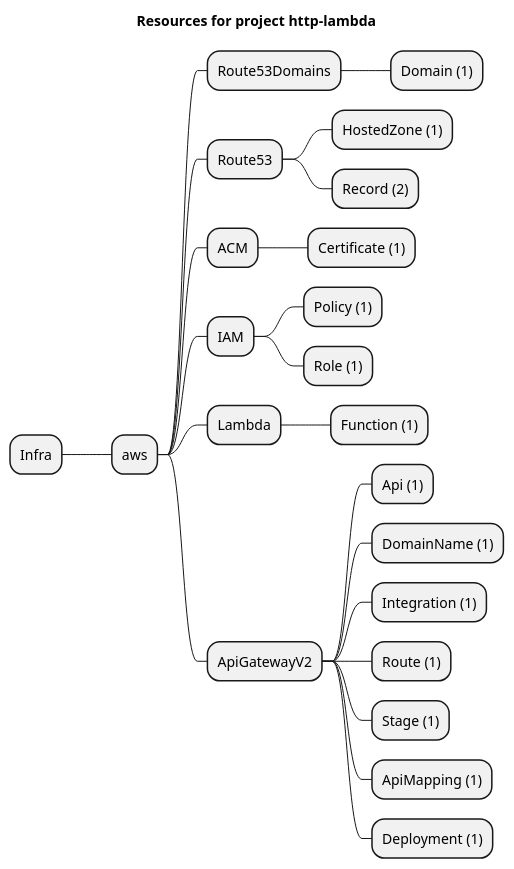
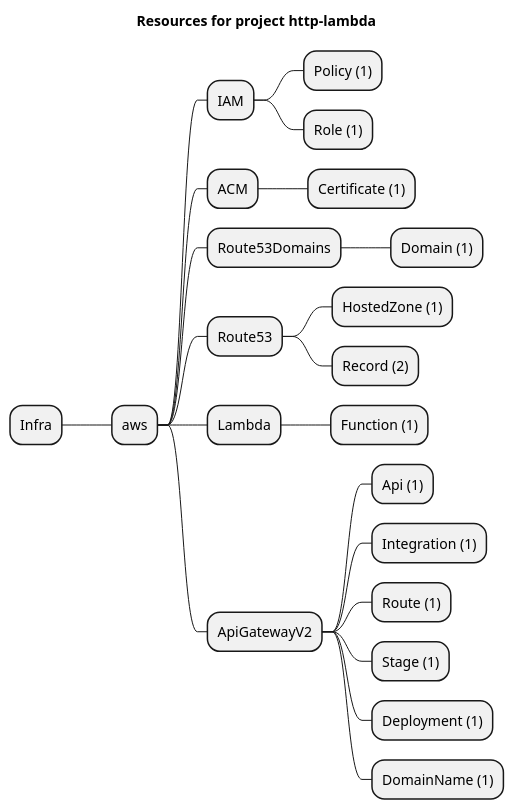
One commit to grucloud/grucloud changed the diagram in examples/aws/api-gateway-v2/http-lambda/artifacts/resources-mindmap.puml. Above: the diagram before and after it, drawn with PlantUML. The commit also changed 288 other files, not shown here.

```diff
--- a/examples/aws/api-gateway-v2/http-lambda/artifacts/resources-mindmap.puml
+++ b/examples/aws/api-gateway-v2/http-lambda/artifacts/resources-mindmap.puml
@@ -1,26 +1,25 @@
 @startmindmap
 title Resources for project http-lambda
 skinparam monochrome true
 + Infra
 ++ aws
++++ IAM
+++++ Policy (1)
+++++ Role (1)
++++ ACM
+++++ Certificate (1)
 +++ Route53Domains
 ++++ Domain (1)
 +++ Route53
 ++++ HostedZone (1)
 ++++ Record (2)
-+++ ACM
-++++ Certificate (1)
-+++ IAM
-++++ Policy (1)
-++++ Role (1)
 +++ Lambda
 ++++ Function (1)
 +++ ApiGatewayV2
 ++++ Api (1)
-++++ DomainName (1)
 ++++ Integration (1)
 ++++ Route (1)
 ++++ Stage (1)
-++++ ApiMapping (1)
 ++++ Deployment (1)
+++++ DomainName (1)
 @endmindmap
```
